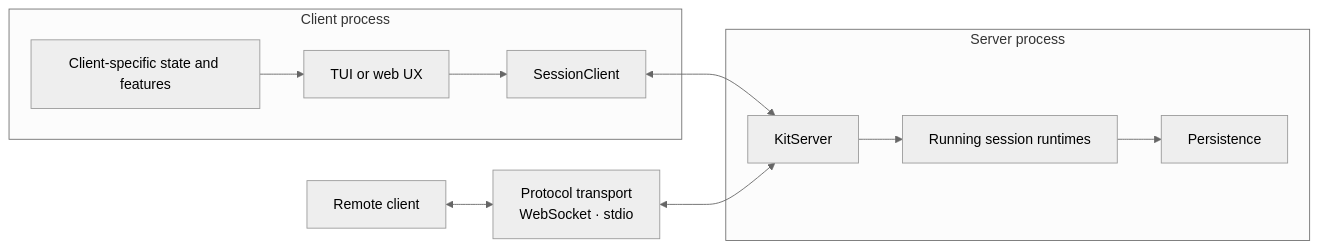
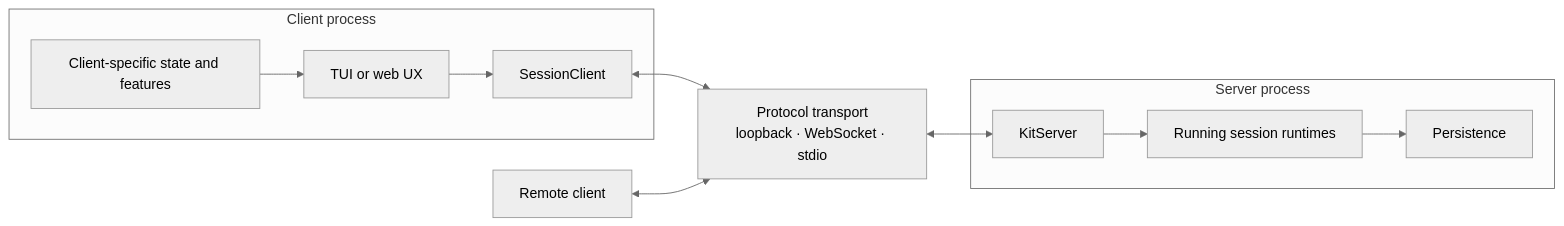
The first of 2 diagrams in app/docs/adrs/0029-session-client-and-repository-boundaries.md (akonwi/kit), drawn with Mermaid (neutral theme) before and after one commit. The commit also changed other lines of this file and 9 other files, not shown here.

````diff
--- a/app/docs/adrs/0029-session-client-and-repository-boundaries.md
+++ b/app/docs/adrs/0029-session-client-and-repository-boundaries.md
@@ -76,25 +77,25 @@
 ```mermaid
 flowchart LR
     subgraph ClientProcess["Client process"]
         UI["TUI or web UX"]
         Client["SessionClient"]
         LocalState["Client-specific state and features"]
         UI --> Client
         LocalState --> UI
     end
 
     Remote["Remote client"]
-    Transport["Protocol transport<br/>WebSocket · stdio"]
+    Transport["Protocol transport<br/>loopback · WebSocket · stdio"]
 
     subgraph ServerProcess["Server process"]
         Server["KitServer"]
         Runtime["Running session runtimes"]
         Persistence["Persistence"]
         Server --> Runtime
         Runtime --> Persistence
     end
 
-    Client <--> Server
+    Client <--> Transport
     Remote <--> Transport
     Transport <--> Server
 ```
````
